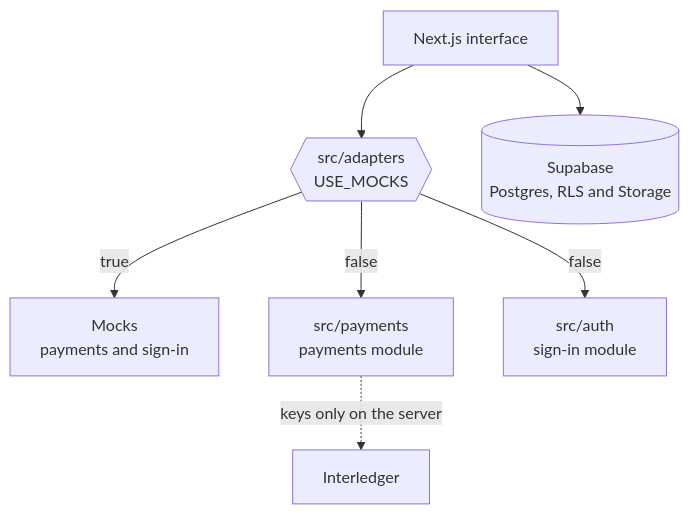
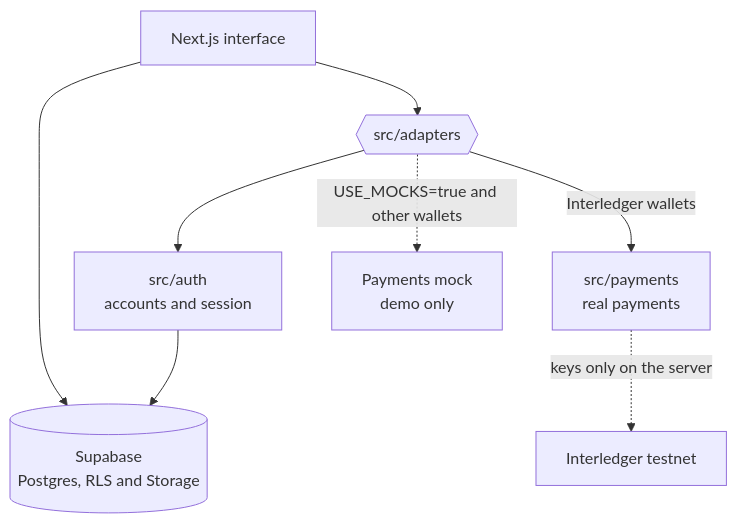
One commit to SalazarDukeImpactHub/terracierta-by-onyx changed the second of 2 diagrams in README.en.md. Above: the diagram before and after it, drawn with Mermaid. The commit also changed other lines of this file and 3 other files, not shown here.

````diff
--- a/README.en.md
+++ b/README.en.md
@@ -109,9 +114,10 @@
 ```mermaid
 flowchart TB
-  UI[Next.js interface] --> AD{{src/adapters<br/>USE_MOCKS}}
-  AD -->|true| MK[Mocks<br/>payments and sign-in]
-  AD -->|false| PAY[src/payments<br/>payments module]
-  AD -->|false| AUTH[src/auth<br/>sign-in module]
-  UI --> DB[(Supabase<br/>Postgres, RLS and Storage)]
-  PAY -. keys only on the server .-> OP[Interledger]
+  UI[Next.js interface] --> AD{{src/adapters}}
+  AD --> AUTH[src/auth<br/>accounts and session]
+  AD -->|Interledger wallets| PAY[src/payments<br/>real payments]
+  AD -. USE_MOCKS=true and other wallets .-> MK[Payments mock<br/>demo only]
+  AUTH --> DB[(Supabase<br/>Postgres, RLS and Storage)]
+  UI --> DB
+  PAY -. keys only on the server .-> OP[Interledger testnet]
 ```
````
